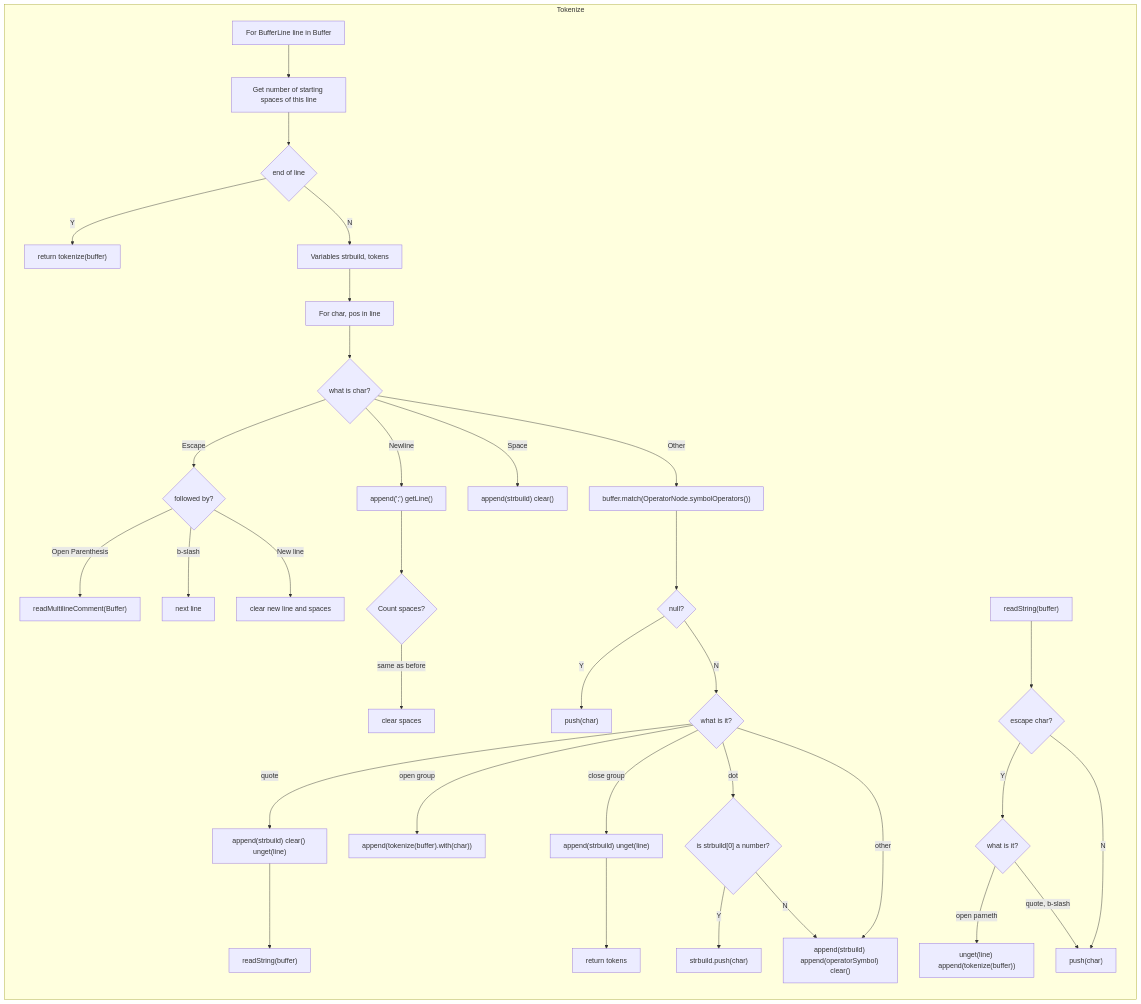
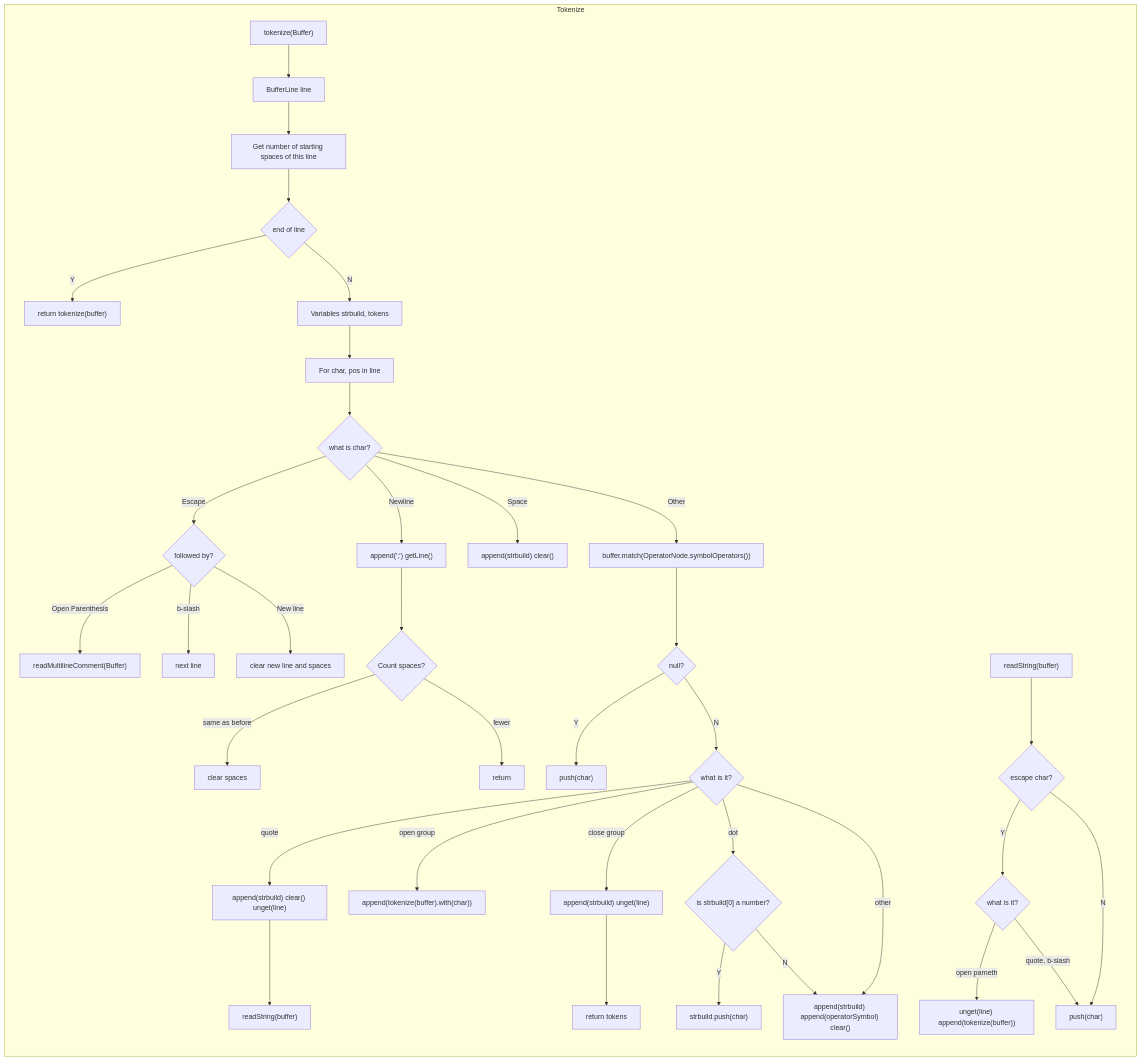
The eighth of 8 diagrams in Implementation.md (Jzhyang1/Monomer), drawn with Mermaid before and after one commit. The commit also changed other lines of this file, not shown here.

````diff
--- a/Implementation.md
+++ b/Implementation.md
@@ -259,39 +259,40 @@
 ```mermaid
 graph LR
 subgraph sg1["Tokenize"]
-	A[For BufferLine line in Buffer] --> B[Get number of starting spaces of this line]
+	A["tokenize(Buffer)"] --> A1["BufferLine line"] --> B[Get number of starting spaces of this line]
 	--> C1{end of line}
 	C1 -- Y --> C2["return tokenize(buffer)"]
 	C1 -- N --> C[Variables strbuild, tokens]
 	 --> D[For char, pos in line] 
 	 --> E{what is char?}
 	E -- Escape --> E1{followed by?}
 	E1 --"Open Parenthesis"--> E11["readMultilineComment(Buffer)"]
 	E1 --"b-slash"--> E12[next line]
 	E1 --"New line"--> E13[clear new line and spaces]
 	E -- Newline --> E2["append(';') getLine()"]
 	--> EA{Count spaces?}
 	EA -- "same as before" --> EA1[clear spaces]
+	EA -- "fewer" --> return
 	E -- Space --> E3["append(strbuild) clear()"]
 	E -- Other --> F["buffer.match(OperatorNode.symbolOperators())"]
 	F --> G{null?}
 	G -- Y --> H["push(char)"]
 	G -- N --> Z{what is it?}
 	Z -- quote --> J["append(strbuild) clear() unget(line)"]
 	J --> P["readString(buffer)"] 
 	Z -- "open group"
 	 --> AC["append(tokenize(buffer).with(char))"]
 	Z -- "close group" --> BA["append(strbuild) unget(line)"]
 	--> BB[return tokens]
 	Z -- dot --> K{"is strbuild[0] a number?"}
 	K -- Y --> L["strbuild.push(char)"]
 	K -- N --> I
 	Z -- other --> I["append(strbuild) append(operatorSymbol) clear()"]
 
 AP["readString(buffer)"] --> Q{escape char?}
 	Q -- Y --> R{what is it?}
 	R -- "open parneth" --> T["unget(line) append(tokenize(buffer))"]
 	R -- "quote, b-slash" --> S
 	Q -- N --> S["push(char)"]
 end
 ```
````
